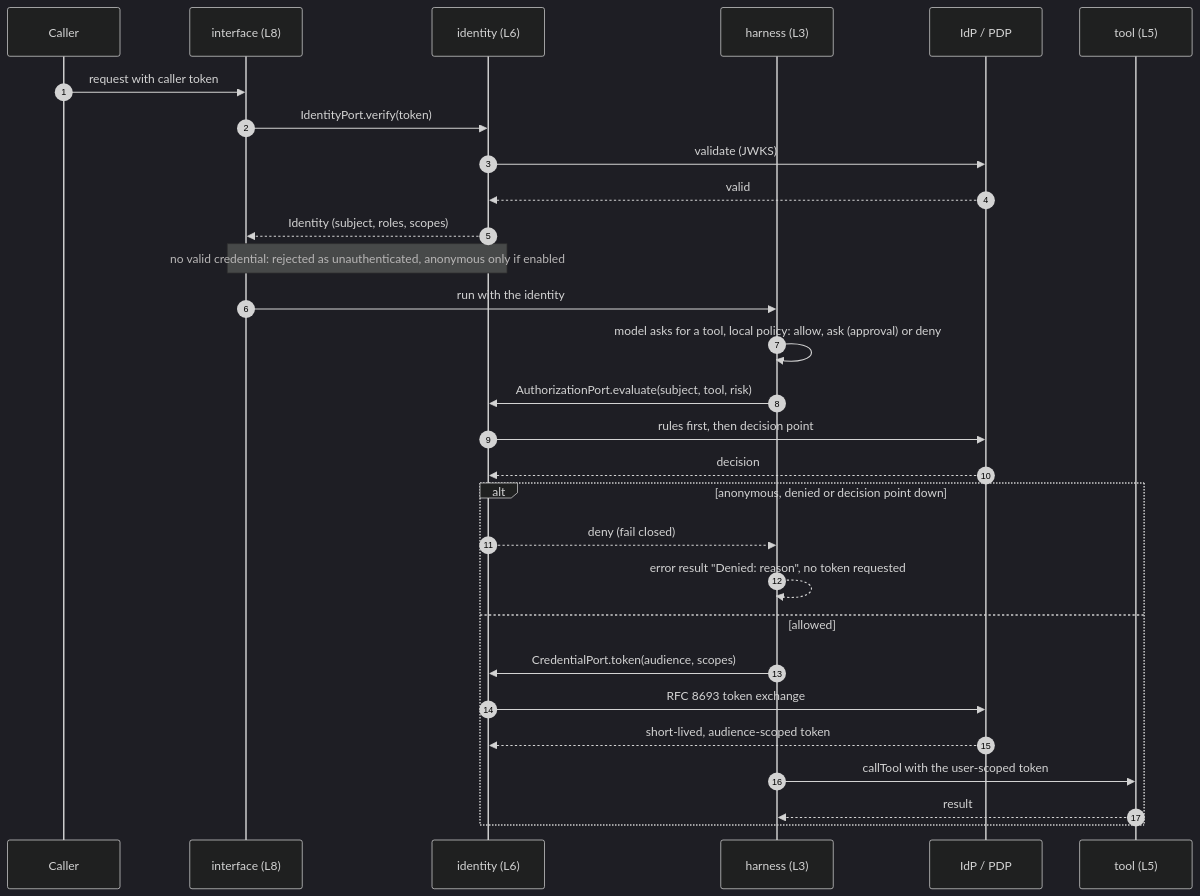
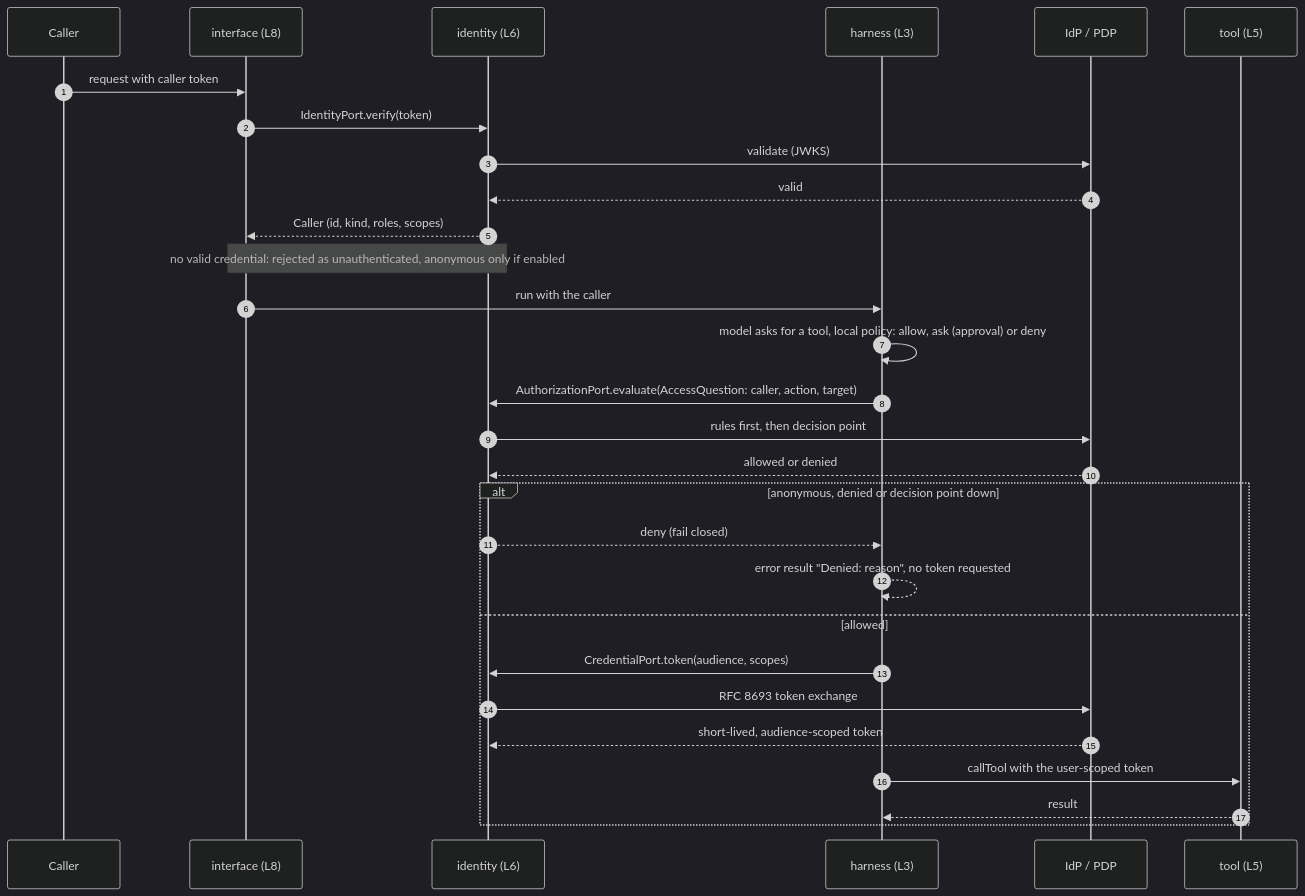
Before and after one commit to aantenore/agent-layers: the second of 2 diagrams in docs/layers/identity.md, drawn with Mermaid (dark theme). The commit also changed other lines of this file and 26 other files, not shown here.

````diff
--- a/docs/layers/identity.md
+++ b/docs/layers/identity.md
@@ -59,31 +67,31 @@
 ```mermaid
 sequenceDiagram
   autonumber
   participant C as Caller
   participant I as interface (L8)
   participant ID as identity (L6)
   participant H as harness (L3)
   participant X as IdP / PDP
   participant T as tool (L5)
   C->>I: request with caller token
   I->>ID: IdentityPort.verify(token)
   ID->>X: validate (JWKS)
   X-->>ID: valid
-  ID-->>I: Identity (subject, roles, scopes)
+  ID-->>I: Caller (id, kind, roles, scopes)
   Note over I,ID: no valid credential: rejected as unauthenticated, anonymous only if enabled
-  I->>H: run with the identity
+  I->>H: run with the caller
   H->>H: model asks for a tool, local policy: allow, ask (approval) or deny
-  H->>ID: AuthorizationPort.evaluate(subject, tool, risk)
+  H->>ID: AuthorizationPort.evaluate(AccessQuestion: caller, action, target)
   ID->>X: rules first, then decision point
-  X-->>ID: decision
+  X-->>ID: allowed or denied
   alt anonymous, denied or decision point down
     ID-->>H: deny (fail closed)
     H-->>H: error result "Denied: reason", no token requested
   else allowed
     H->>ID: CredentialPort.token(audience, scopes)
     ID->>X: RFC 8693 token exchange
     X-->>ID: short-lived, audience-scoped token
     H->>T: callTool with the user-scoped token
     T-->>H: result
   end
 ```
````
